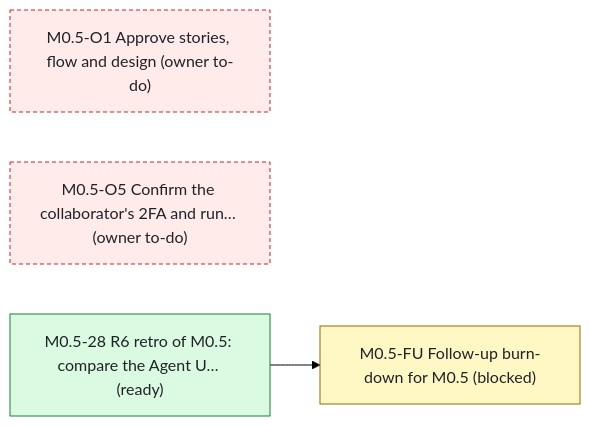
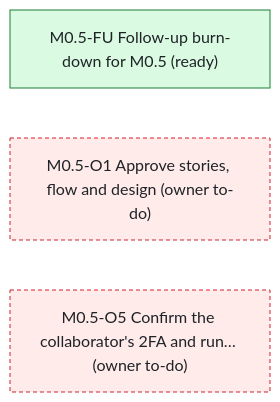
Before and after one commit to bondo/listicles2: the first of 3 diagrams in status.md, drawn with Mermaid (forest theme). The commit also changed other lines of this file and 2 other files, not shown here.

````diff
--- a/status.md
+++ b/status.md
@@ -110,13 +110,11 @@
 ```mermaid
 flowchart LR
-    n0["M0.5-FU Follow-up burn-down for M0.5 (blocked)"]:::blocked
+    n0["M0.5-FU Follow-up burn-down for M0.5 (ready)"]:::ready
     n1["M0.5-O1 Approve stories, flow and design (owner to-do)"]:::owner
     n2["M0.5-O5 Confirm the collaborator's 2FA and run… (owner to-do)"]:::owner
-    n3["M0.5-28 R6 retro of M0.5: compare the Agent U… (ready)"]:::ready
-    n3 --> n0
     classDef ready fill:#dafbe1,stroke:#1a7f37,color:#1f2328
     classDef progress fill:#ddf4ff,stroke:#0969da,color:#1f2328
     classDef blocked fill:#fff8c5,stroke:#9a6700,color:#1f2328
     classDef owner fill:#ffebe9,stroke:#cf222e,color:#1f2328,stroke-dasharray:4 3
     classDef ext fill:#eaeef2,stroke:#59636e,color:#1f2328,stroke-dasharray:2 2
 ```
````
